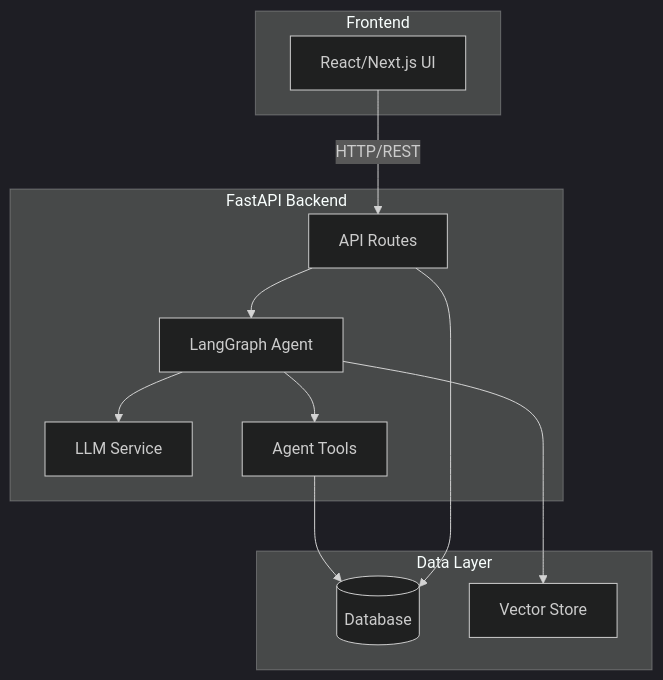
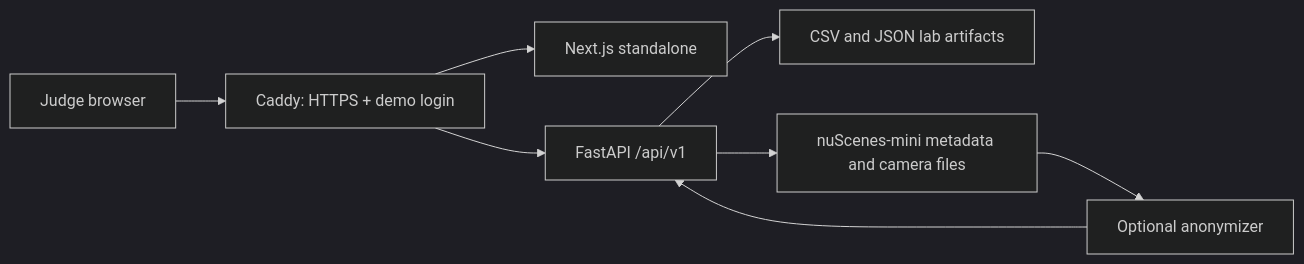
One commit to Munfond/c4-app-t027 changed the diagram in ARCHITECTURE.md. Above: the diagram before and after it, drawn with Mermaid (dark theme). The commit also changed other lines of this file and 39 other files, not shown here.

Commit message:
feat(lab): add data API and deployment foundation

````diff
--- a/ARCHITECTURE.md
+++ b/ARCHITECTURE.md
@@ -9,26 +5,10 @@
 ```mermaid
-graph TB
-    subgraph Frontend
-        UI[React/Next.js UI]
-    end
-
-    subgraph Backend[FastAPI Backend]
-        API[API Routes]
-        Agent[LangGraph Agent]
-        LLM[LLM Service]
-        Tools[Agent Tools]
-    end
-
-    subgraph Data[Data Layer]
-        DB[(Database)]
-        Vector[Vector Store]
-    end
-
-    UI -->|HTTP/REST| API
-    API --> Agent
-    Agent --> LLM
-    Agent --> Tools
-    Agent --> Vector
-    Tools --> DB
-    API --> DB
+flowchart LR
+    J[Judge browser] --> G[Caddy: HTTPS + demo login]
+    G --> F[Next.js standalone]
+    G --> A[FastAPI /api/v1]
+    A --> L[CSV and JSON lab artifacts]
+    A --> N[nuScenes-mini metadata and camera files]
+    N --> X[Optional anonymizer]
+    X --> A
 ```
````
